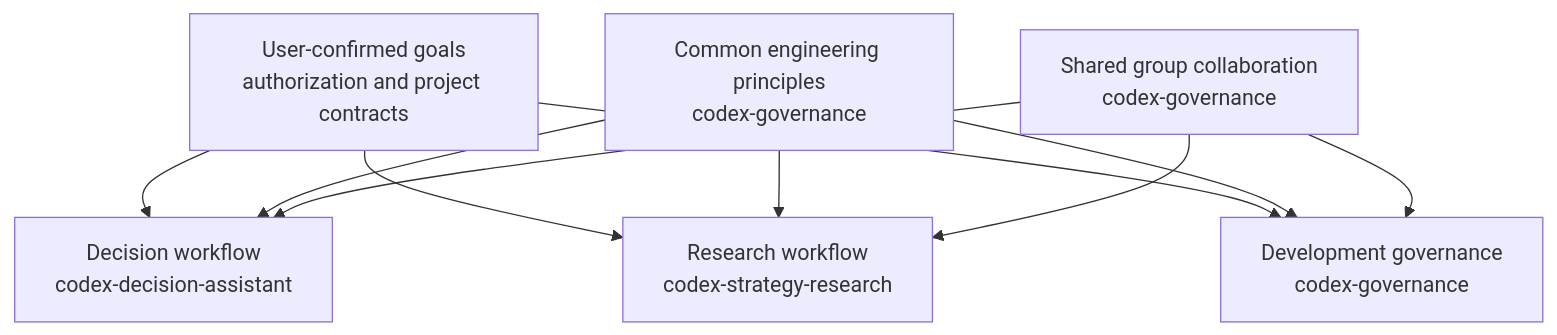
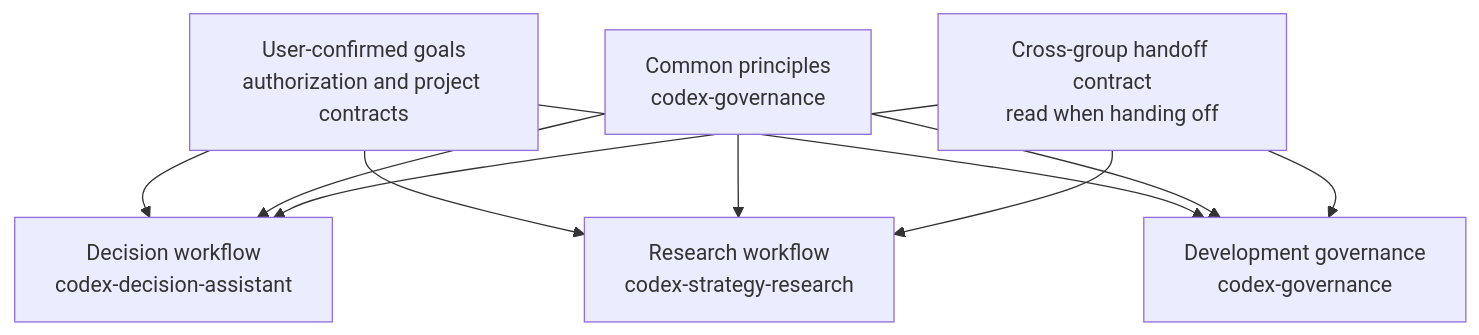
One commit to slowchillchill/codex-decision-assistant changed the first of 2 diagrams in README.md. Above: the diagram before and after it, drawn with Mermaid. The commit also changed other lines of this file and 6 other files, not shown here.

````diff
--- a/README.md
+++ b/README.md
@@ -19,18 +19,18 @@
 ```mermaid
 flowchart TD
     U["User-confirmed goals<br/>authorization and project contracts"]
-    P["Common engineering principles<br/>codex-governance"]
-    C["Shared group collaboration<br/>codex-governance"]
+    P["Common principles<br/>codex-governance"]
+    C["Cross-group handoff contract<br/>read when handing off"]
     D["Decision workflow<br/>codex-decision-assistant"]
     R["Research workflow<br/>codex-strategy-research"]
     E["Development governance<br/>codex-governance"]
     U --> D
     U --> R
     U --> E
     P --> D
     P --> R
     P --> E
     C --> D
     C --> R
     C --> E
 ```
````
